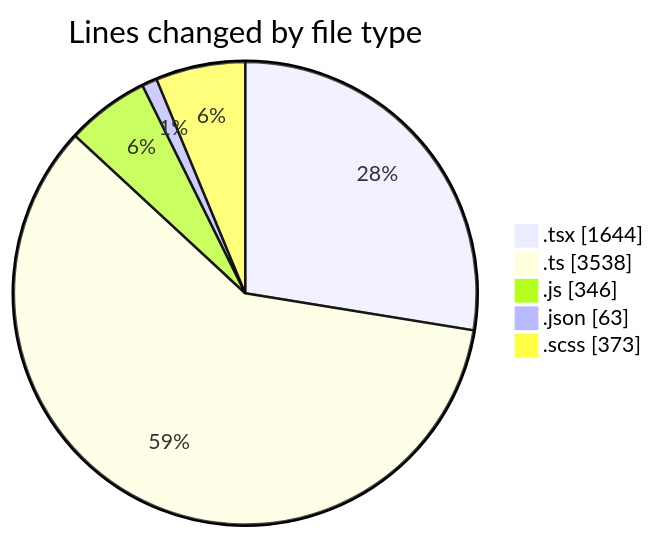
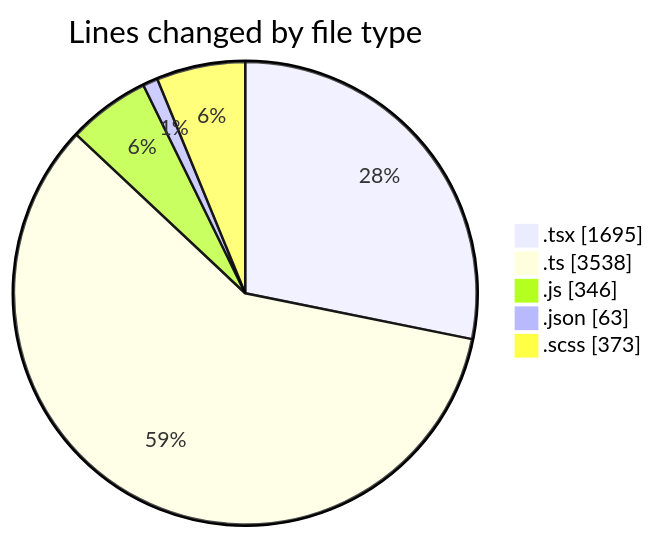
Before and after one commit to momahboobian/code-tracking: the first of 2 diagrams in 2025-12-01/cda/README.md, drawn with Mermaid. The commit also changed other lines of this file and 1 other file, not shown here.

````diff
--- a/2025-12-01/cda/README.md
+++ b/2025-12-01/cda/README.md
@@ -33,9 +33,9 @@
 ```mermaid
 pie showData
 title Lines changed by file type
-".tsx" : 1644
+".tsx" : 1695
 ".ts" : 3538
 ".js" : 346
 ".json" : 63
 ".scss" : 373
 ```
````
